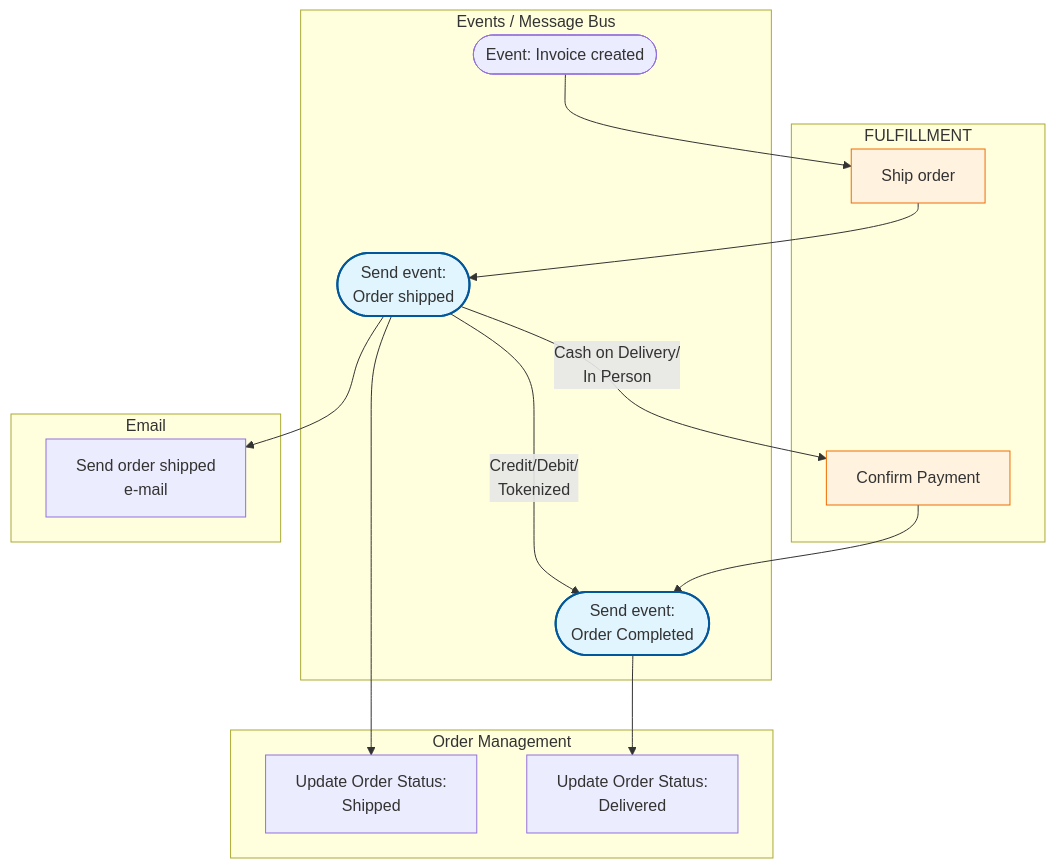
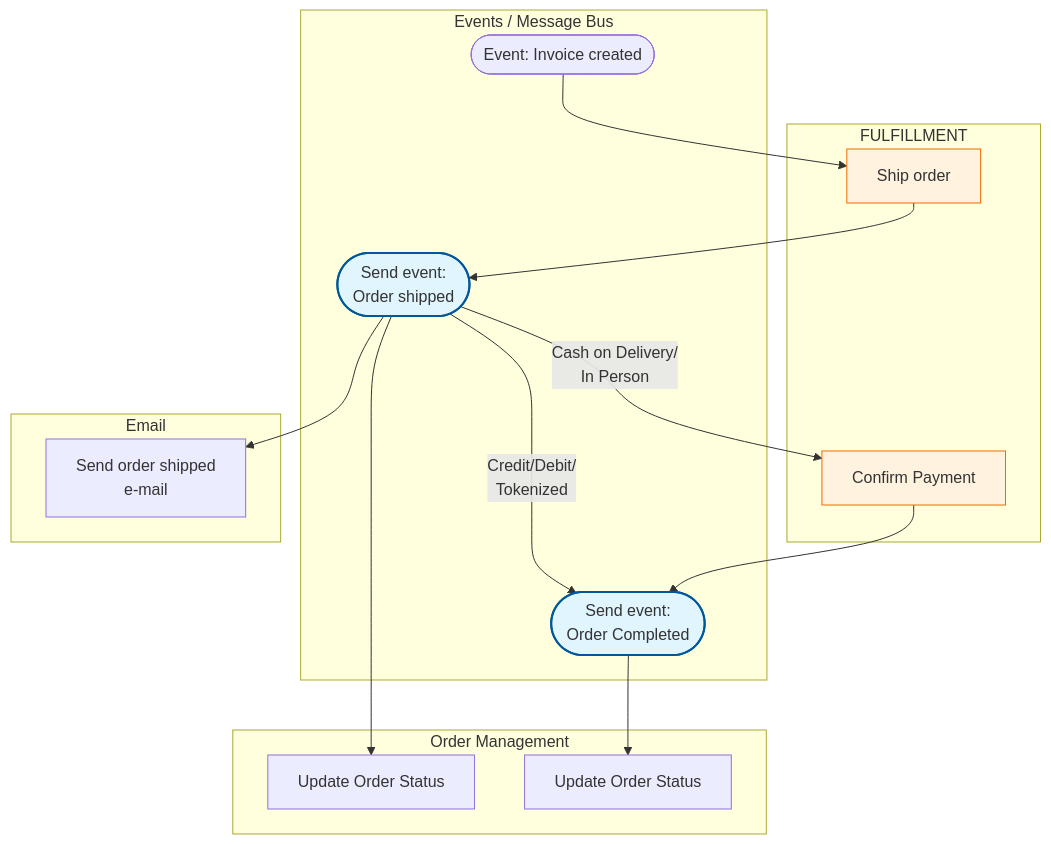
The third of 3 diagrams in README.md (RobertoFreireDev/Order-Management), drawn with Mermaid before and after one commit. The commit also changed other lines of this file, not shown here.

Commit message:
Clean up Update Order Status

````diff
--- a/README.md
+++ b/README.md
@@ -119,42 +119,42 @@
 ```mermaid
 flowchart TD
     %% Subgraph Styling
     classDef event fill:#e1f5fe,stroke:#01579b,stroke-width:2px;
     classDef fulfill fill:#fff3e0,stroke:#ef6c00,stroke-width:1px;
 
     subgraph Fulfillment [FULFILLMENT]
         U[Ship order]
         Q[Confirm Payment]
     end
 
     subgraph Events [Events / Message Bus]
         S([Event: Invoice created])
         P([Send event:<br/>Order shipped])
         W([Send event:<br/>Order Completed])
     end
 
     subgraph Order_Management [Order Management]
-        N[Update Order Status:<br/>Shipped]
-        R[Update Order Status:<br/>Delivered]
+        N[Update Order Status]
+        R[Update Order Status]
     end
 
     subgraph Email [Email]
         O[Send order shipped<br/>e-mail]
     end
 
     %% Shipping Flow
     S --> U
     U --> P
     
     %% Final Updates
     P --> O
     P --> N
     P --> |"Cash on Delivery/<br/>In Person"| Q
     P --> |"Credit/Debit/<br/>Tokenized"| W
     Q --> W
     W --> R
 
     %% Class Assignments
     class P,W event;
     class U,Q fulfill;
 ```
````
